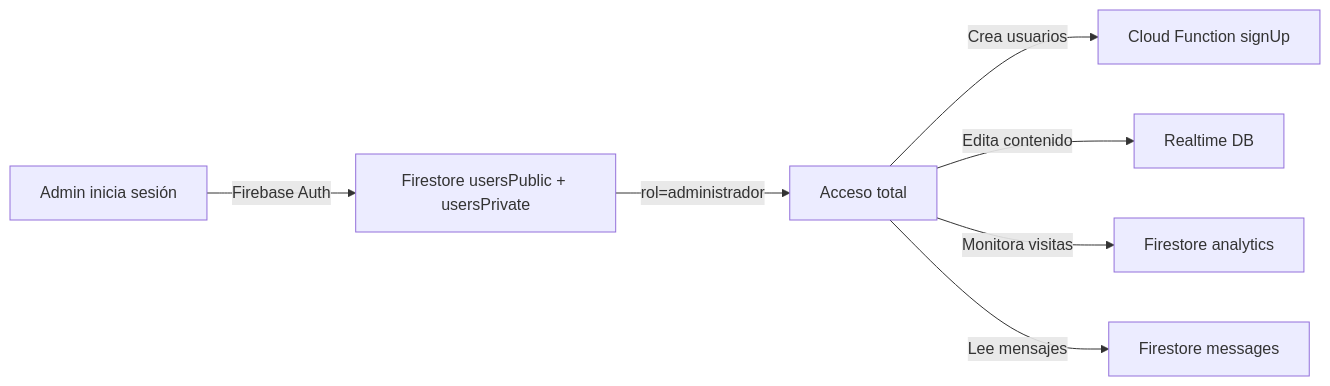
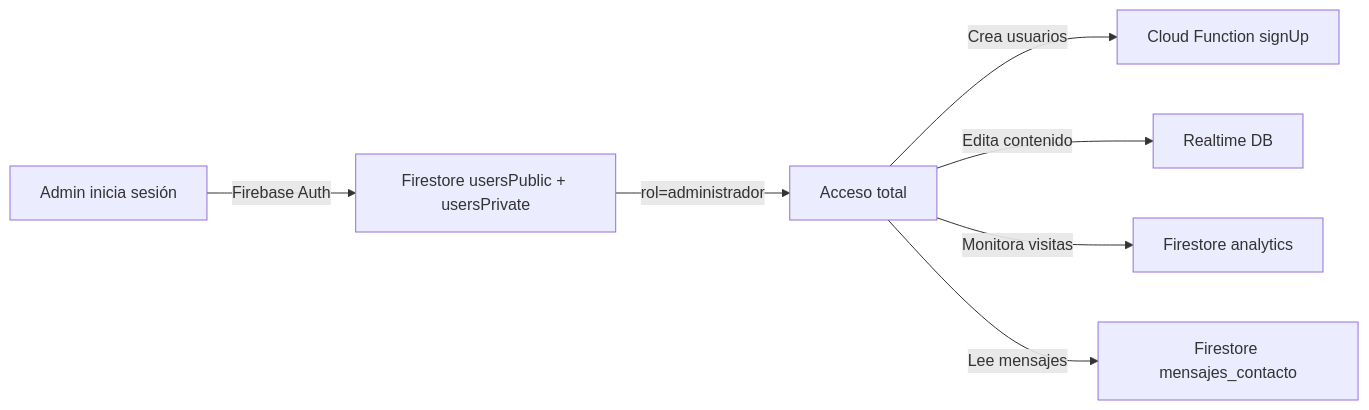
Before and after one commit to PPNDEV/turismoSantarosa: the third of 3 diagrams in DATABASE_ARCHITECTURE.md, drawn with Mermaid. The commit also changed other lines of this file and 58 other files, not shown here.

````diff
--- a/DATABASE_ARCHITECTURE.md
+++ b/DATABASE_ARCHITECTURE.md
@@ -210,9 +211,9 @@
 ```mermaid
 graph LR
     A[Admin inicia sesión] -->|Firebase Auth| B[Firestore usersPublic + usersPrivate]
     B -->|rol=administrador| C[Acceso total]
     C -->|Crea usuarios| D[Cloud Function signUp]
     C -->|Edita contenido| E[Realtime DB]
     C -->|Monitora visitas| F[Firestore analytics]
-    C -->|Lee mensajes| G[Firestore messages]
+        C -->|Lee mensajes| G[Firestore mensajes_contacto]
 ```
````
